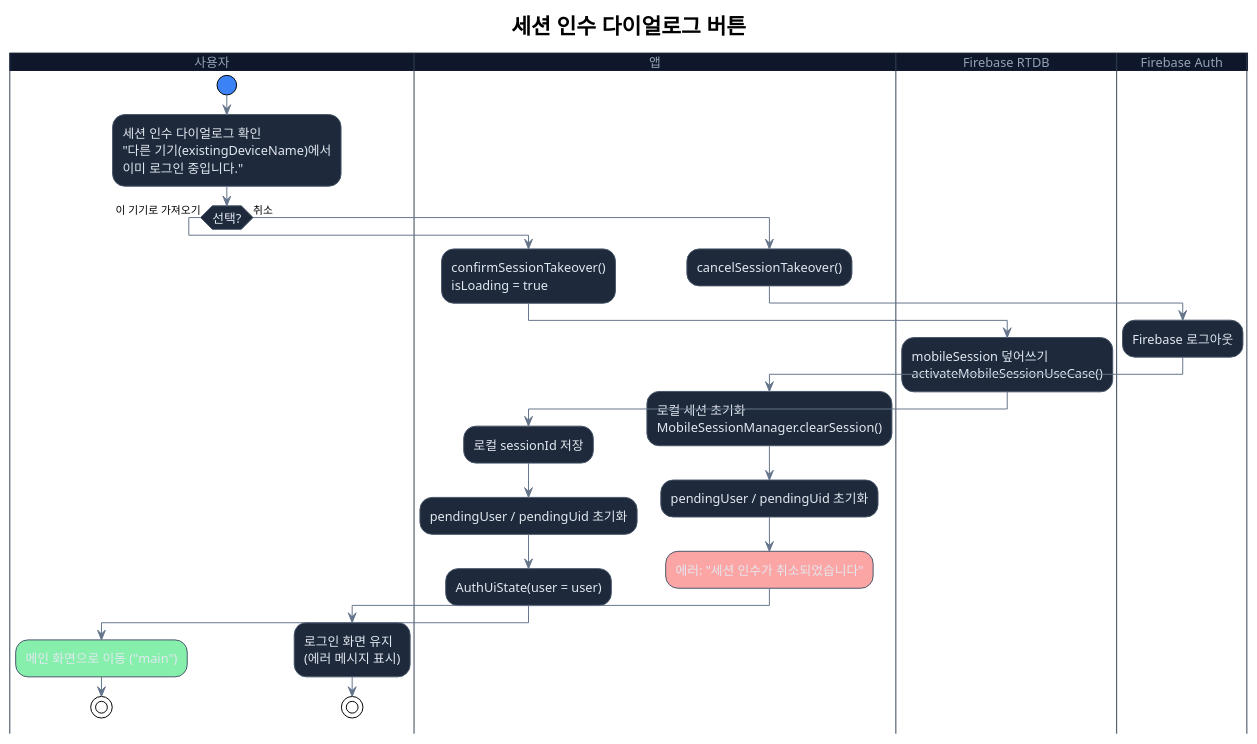
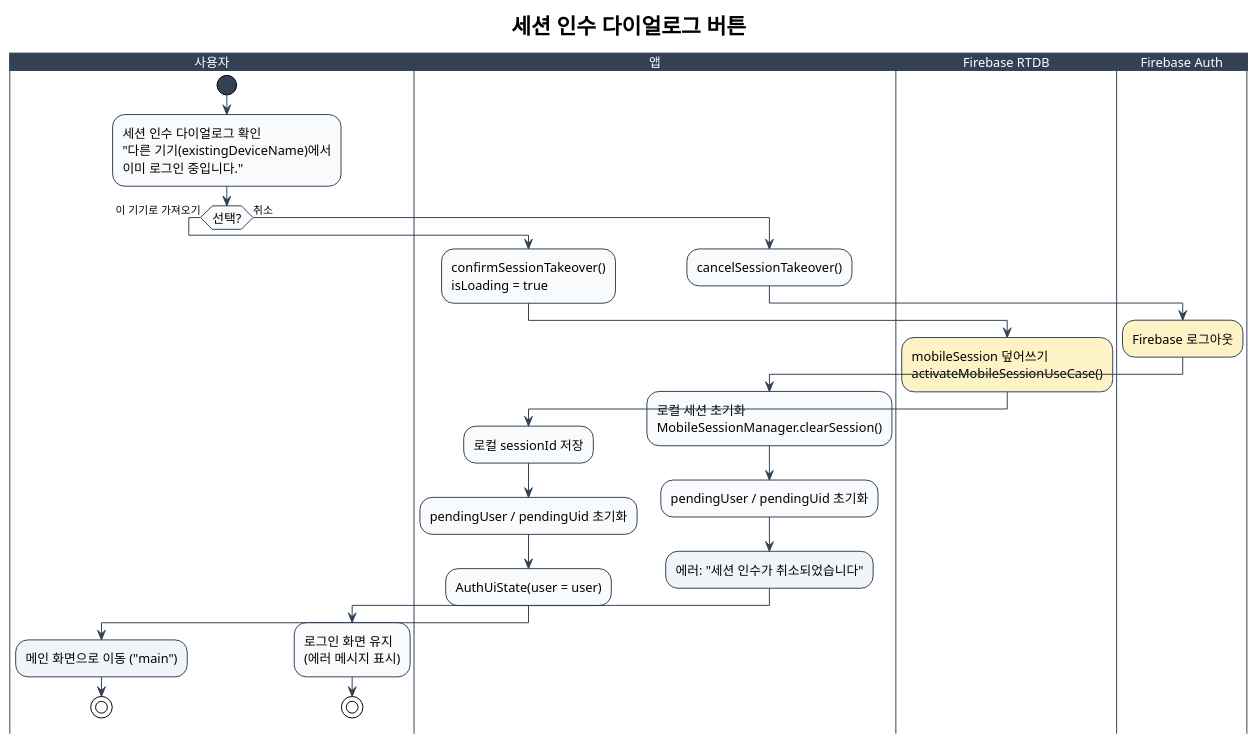
Before and after one commit to doubtmyself/ProgeressEye: the diagram in docs/mobile-app/diagrams/02-session-takeover.puml, drawn with PlantUML. The commit also changed 12 other files, not shown here.

```diff
--- a/docs/mobile-app/diagrams/02-session-takeover.puml
+++ b/docs/mobile-app/diagrams/02-session-takeover.puml
@@ -1,61 +1,67 @@
 @startuml
 !theme plain
 title 세션 인수 다이얼로그 버튼
 
 skinparam defaultFontSize 13
 skinparam ArrowFontSize 11
 skinparam swimlane {
   BorderColor #334155
-  TitleBackgroundColor #0F172A
-  TitleFontColor #94A3B8
+  TitleBackgroundColor #334155
+  TitleFontColor #FFFFFF
 }
 skinparam activity {
-  BackgroundColor #1E293B
-  BorderColor #475569
-  FontColor #E2E8F0
-  StartColor #3B82F6
-  EndColor #3B82F6
+  BackgroundColor #F8FAFC
+  BorderColor #334155
+  FontColor #000000
+  StartColor #334155
+  EndColor #334155
+  BarColor #334155
 }
-skinparam ArrowColor #64748B
+skinparam note {
+  BackgroundColor #FFF9C4
+  BorderColor #FBC02D
+  FontColor #000000
+}
+skinparam ArrowColor #334155
 
 |사용자|
 start
 :세션 인수 다이얼로그 확인\n"다른 기기(existingDeviceName)에서\n이미 로그인 중입니다.";
 
 if (선택?) then (이 기기로 가져오기)
 
   |앱|
   :confirmSessionTakeover()\nisLoading = true;
 
   |Firebase RTDB|
-  :mobileSession 덮어쓰기\nactivateMobileSessionUseCase();
+  #FEF3C7:mobileSession 덮어쓰기\nactivateMobileSessionUseCase();
 
   |앱|
   :로컬 sessionId 저장;
   :pendingUser / pendingUid 초기화;
   :AuthUiState(user = user);
 
   |사용자|
-  #86EFAC:메인 화면으로 이동 ("main");
+  #F1F5F9:메인 화면으로 이동 ("main");
   stop
 
 else (취소)
 
   |앱|
   :cancelSessionTakeover();
 
   |Firebase Auth|
-  :Firebase 로그아웃;
+  #FEF3C7:Firebase 로그아웃;
 
   |앱|
   :로컬 세션 초기화\nMobileSessionManager.clearSession();
   :pendingUser / pendingUid 초기화;
-  #FCA5A5:에러: "세션 인수가 취소되었습니다";
+  #F1F5F9:에러: "세션 인수가 취소되었습니다";
 
   |사용자|
   :로그인 화면 유지\n(에러 메시지 표시);
   stop
 
 endif
 
 @enduml
```
